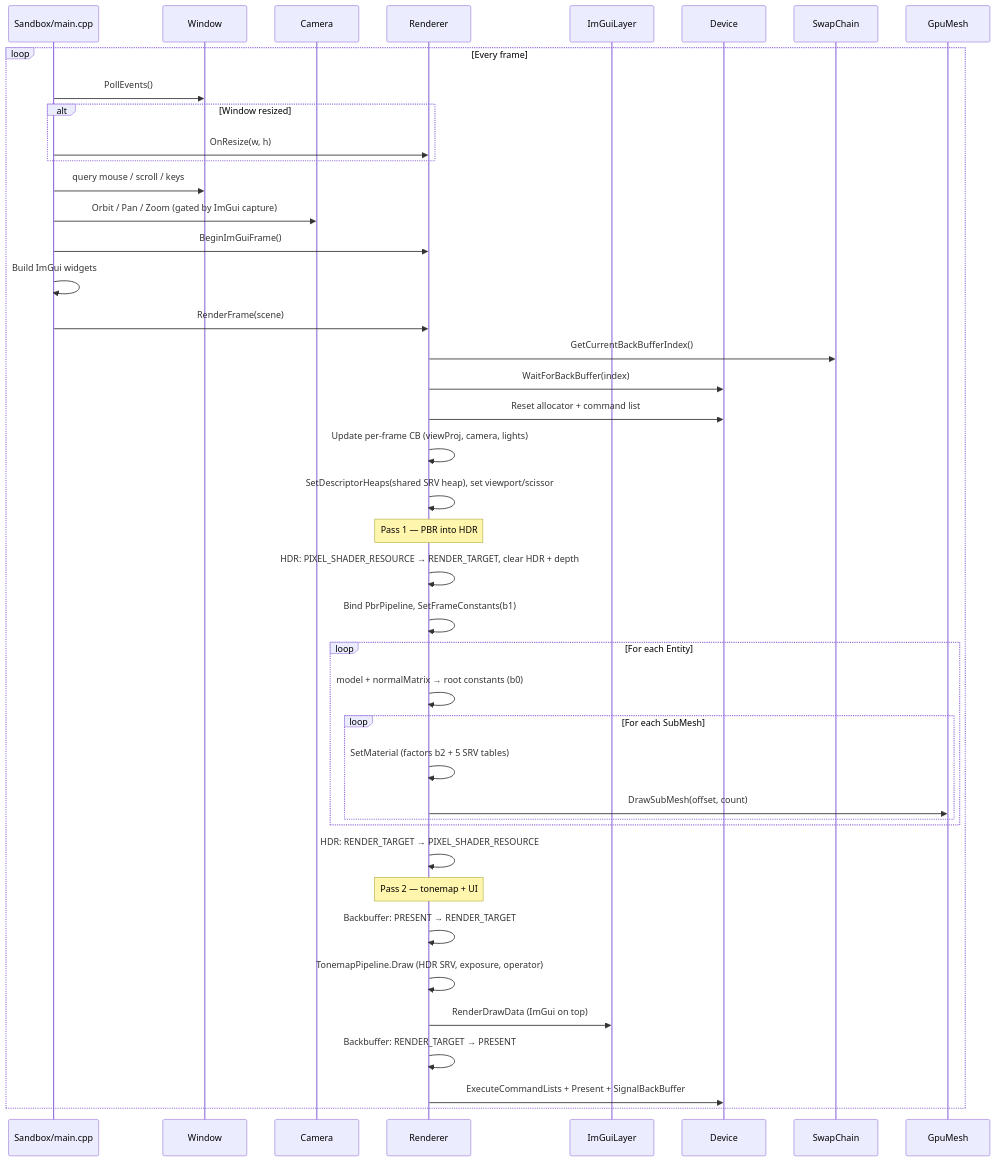
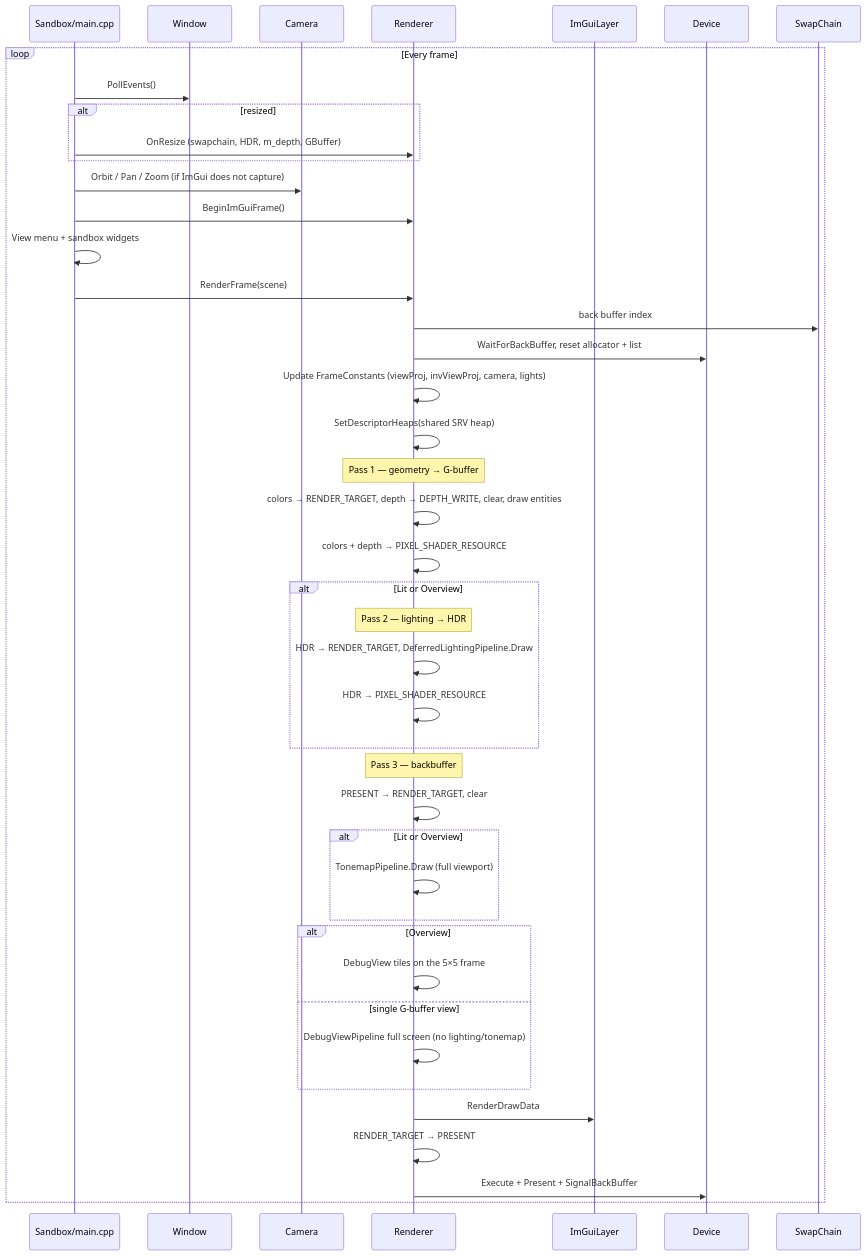
One commit to RomanovV/SummerEngine changed the second of 6 diagrams in docs/ARCHITECTURE.md. Above: the diagram before and after it, drawn with Mermaid. The commit also changed other lines of this file and 1 other file, not shown here.

Commit message:
changed the debug view layout algorithm

````diff
--- a/docs/ARCHITECTURE.md
+++ b/docs/ARCHITECTURE.md
@@ -196,47 +168,50 @@
 ```mermaid
 sequenceDiagram
     participant Main as Sandbox/main.cpp
     participant Win as Window
     participant Cam as Camera
     participant Rnd as Renderer
     participant UI as ImGuiLayer
     participant Dev as Device
     participant SC as SwapChain
 
     loop Every frame
         Main->>Win: PollEvents()
-        alt Window resized
-            Main->>Rnd: OnResize(w, h)
+        alt resized
+            Main->>Rnd: OnResize (swapchain, HDR, m_depth, GBuffer)
+        end
+        Main->>Cam: Orbit / Pan / Zoom (if ImGui does not capture)
+        Main->>Rnd: BeginImGuiFrame()
+        Main->>Main: View menu + sandbox widgets
+        Main->>Rnd: RenderFrame(scene)
+
+        Rnd->>SC: back buffer index
+        Rnd->>Dev: WaitForBackBuffer, reset allocator + list
+        Rnd->>Rnd: Update FrameConstants (viewProj, invViewProj, camera, lights)
+        Rnd->>Rnd: SetDescriptorHeaps(shared SRV heap)
+
+        Note over Rnd: Pass 1 — geometry → G-buffer
+        Rnd->>Rnd: colors → RENDER_TARGET, depth → DEPTH_WRITE, clear, draw entities
+        Rnd->>Rnd: colors + depth → PIXEL_SHADER_RESOURCE
+
+        alt Lit or Overview
+            Note over Rnd: Pass 2 — lighting → HDR
+            Rnd->>Rnd: HDR → RENDER_TARGET, DeferredLightingPipeline.Draw
+            Rnd->>Rnd: HDR → PIXEL_SHADER_RESOURCE
         end
 
-        Main->>Win: query mouse / scroll / keys
-        Main->>Cam: Orbit / Pan / Zoom (gated by ImGui capture)
-
-        Main->>Rnd: BeginImGuiFrame()
-        Main->>Main: Build ImGui widgets
-
-        Main->>Rnd: RenderFrame(scene)
-        Rnd->>SC: GetCurrentBackBufferIndex()
-        Rnd->>Dev: WaitForBackBuffer(index)
-        Rnd->>Dev: Reset allocator + command list
-        Rnd->>Rnd: Update per-frame CB (viewProj, camera, lights)
-        Rnd->>Rnd: SetDescriptorHeaps(shared SRV heap), set viewport/scissor
-        Note over Rnd: Pass 1 — PBR into HDR
-        Rnd->>Rnd: HDR: PIXEL_SHADER_RESOURCE → RENDER_TARGET, clear HDR + depth
-        Rnd->>Rnd: Bind PbrPipeline, SetFrameConstants(b1)
-        loop For each Entity
-            Rnd->>Rnd: model + normalMatrix → root constants (b0)
-            loop For each SubMesh
-                Rnd->>Rnd: SetMaterial (factors b2 + 5 SRV tables)
-                Rnd->>GpuMesh: DrawSubMesh(offset, count)
-            end
+        Note over Rnd: Pass 3 — backbuffer
+        Rnd->>Rnd: PRESENT → RENDER_TARGET, clear
+        alt Lit or Overview
+            Rnd->>Rnd: TonemapPipeline.Draw (full viewport)
         end
-        Rnd->>Rnd: HDR: RENDER_TARGET → PIXEL_SHADER_RESOURCE
-        Note over Rnd: Pass 2 — tonemap + UI
-        Rnd->>Rnd: Backbuffer: PRESENT → RENDER_TARGET
-        Rnd->>Rnd: TonemapPipeline.Draw (HDR SRV, exposure, operator)
-        Rnd->>UI: RenderDrawData (ImGui on top)
-        Rnd->>Rnd: Backbuffer: RENDER_TARGET → PRESENT
-        Rnd->>Dev: ExecuteCommandLists + Present + SignalBackBuffer
+        alt Overview
+            Rnd->>Rnd: DebugView tiles on the 5×5 frame
+        else single G-buffer view
+            Rnd->>Rnd: DebugViewPipeline full screen (no lighting/tonemap)
+        end
+        Rnd->>UI: RenderDrawData
+        Rnd->>Rnd: RENDER_TARGET → PRESENT
+        Rnd->>Dev: Execute + Present + SignalBackBuffer
     end
 ```
````
